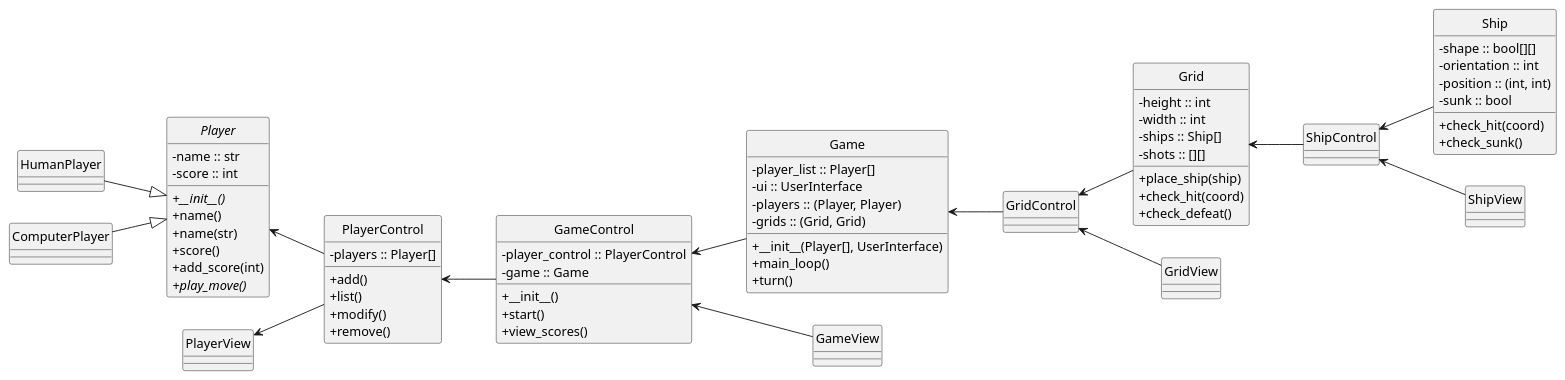
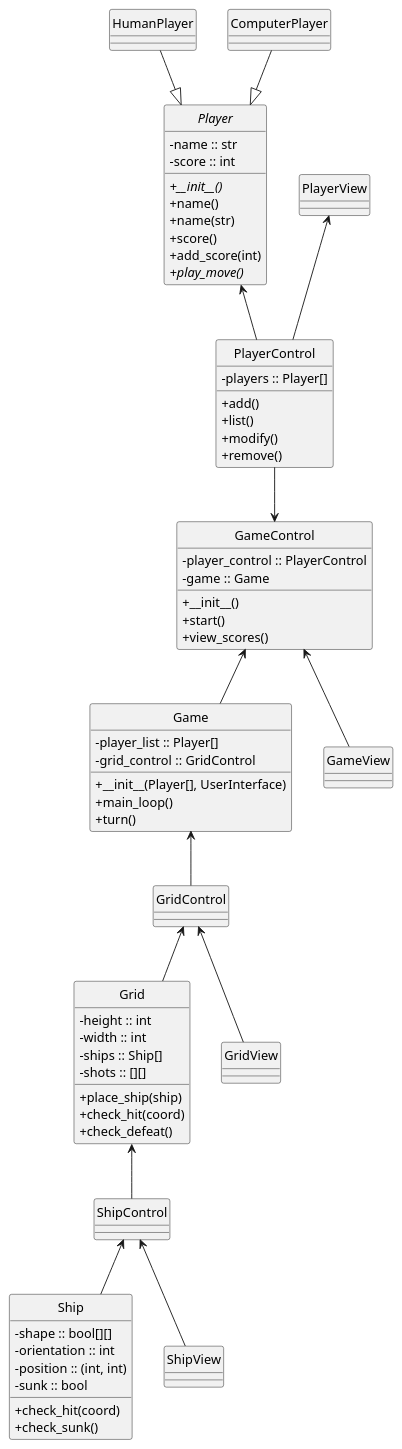
One commit to leoniro/battleship changed the diagram in uml_diagram.puml. Above: the diagram before and after it, drawn with PlantUML.

Commit message:
uml reorganizado

```diff
--- a/uml_diagram.puml
+++ b/uml_diagram.puml
@@ -1,81 +1,79 @@
 @startuml battleship_class_diagram
 
 skinparam classAttributeIconSize 0
-left to right direction
+'left to right direction
 hide circle
 
 class GameControl {
     - player_control :: PlayerControl
     - game :: Game
     + __init__()
     + start()
     + view_scores()
 }
 
 class PlayerControl {
     - players :: Player[]
     + add()
     + list()
     + modify()
     + remove()
 }
 
 
 class Grid {
     - height :: int
     - width :: int
     - ships :: Ship[]
     - shots :: [][]
     + place_ship(ship)
     + check_hit(coord)
     + check_defeat()
 }
 class Game {
-    - player_list :: Player[]
-    - ui :: UserInterface
-    - players :: (Player, Player) {field} 
-    - grids :: (Grid, Grid) {field}
+    - player_list :: Player[] 
+    - grid_control :: GridControl
     + __init__(Player[], UserInterface)
     + main_loop()
     + turn()
 }
 abstract class Player {
     - name :: str
     - score :: int
     + __init__() {abstract}
     + name()
     + name(str)
     + score()
     + add_score(int)
     + play_move() {abstract}
 }
 
 class Ship {
     - shape :: bool[][]
     - orientation :: int
     - position :: (int, int) {field}
     - sunk :: bool
     + check_hit(coord)
     + check_sunk()
 }
 
 class HumanPlayer {}
 class ComputerPlayer {}
 
-PlayerControl <-- GameControl
+PlayerControl --> GameControl
 Player <-- PlayerControl
 PlayerView <-- PlayerControl
 
 HumanPlayer --|> Player
 ComputerPlayer --|> Player
 
 GameControl <-- Game
 GameControl <-- GameView
 Game <-- GridControl
 GridControl <-- Grid
 GridControl <-- GridView
 Grid <-- ShipControl
 ShipControl <-- Ship
 ShipControl <-- ShipView
 
 @enduml
```
